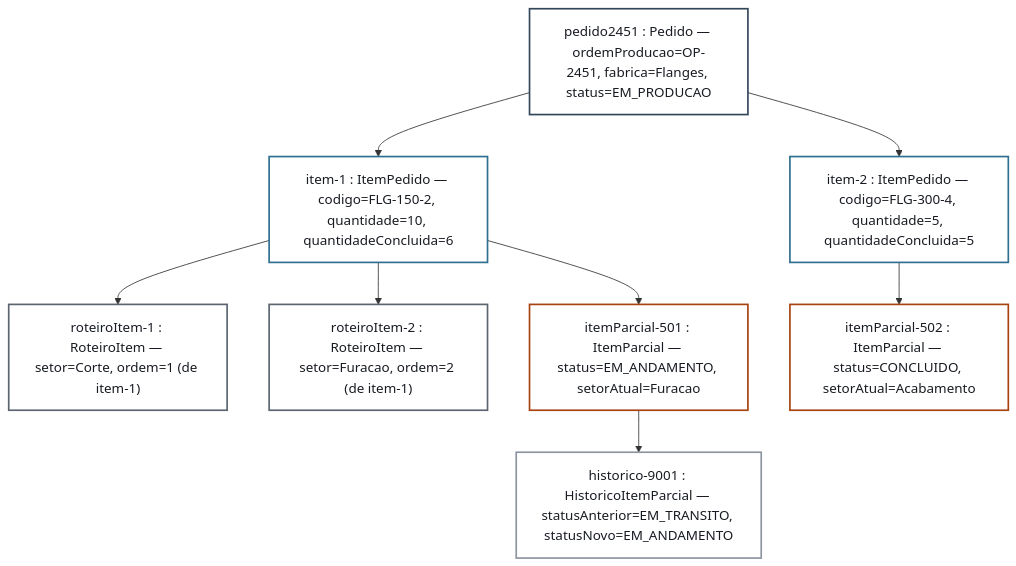
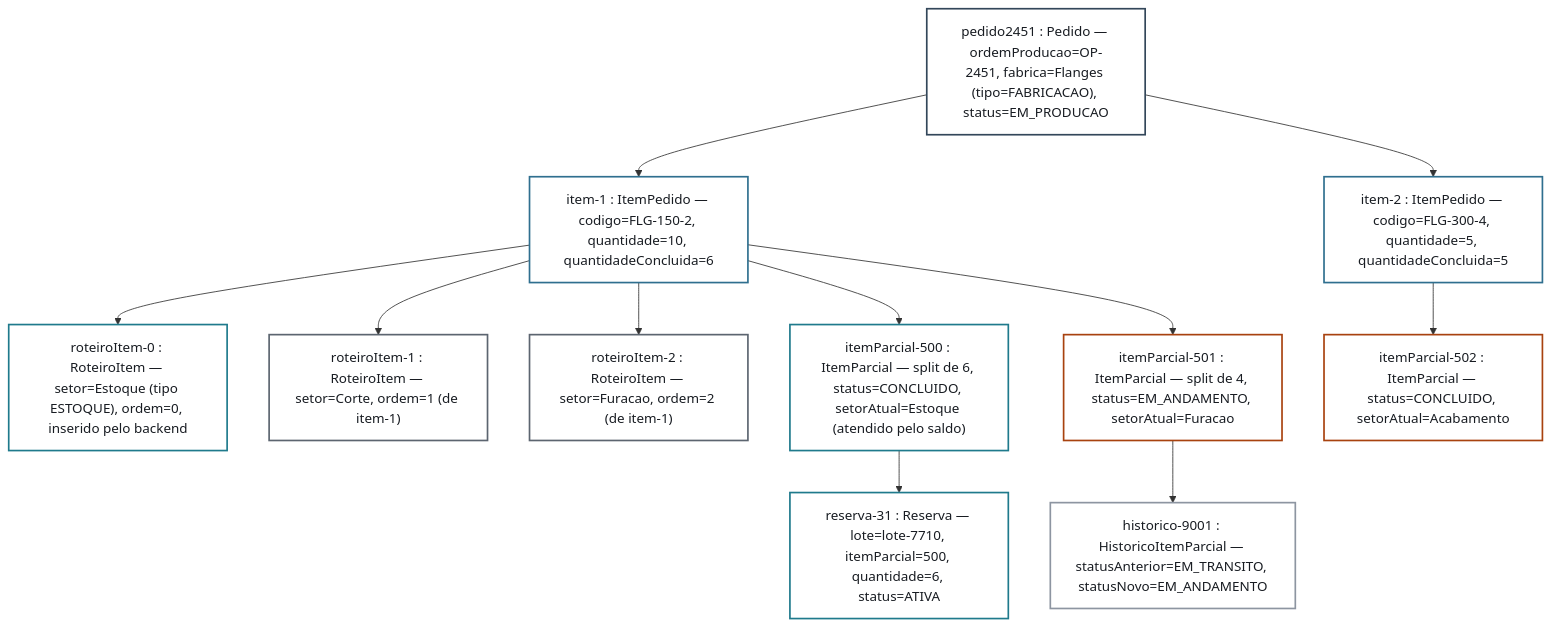
Before and after one commit to Acosvital/vault-avhub-mer: diagram 25 of 28 in 04-Arquitetura-Transversal/Diagramas-UML.md, drawn with Mermaid. The commit also changed other lines of this file and 36 other files, not shown here.

````diff
--- a/04-Arquitetura-Transversal/Diagramas-UML.md
+++ b/04-Arquitetura-Transversal/Diagramas-UML.md
@@ -1474,28 +1533,37 @@
 ```mermaid
 flowchart TD
-    PED["pedido2451 : Pedido — ordemProducao=OP-2451, fabrica=Flanges, status=EM_PRODUCAO"]
+    PED["pedido2451 : Pedido — ordemProducao=OP-2451, fabrica=Flanges (tipo=FABRICACAO), status=EM_PRODUCAO"]
     IT1["item-1 : ItemPedido — codigo=FLG-150-2, quantidade=10, quantidadeConcluida=6"]
     IT2["item-2 : ItemPedido — codigo=FLG-300-4, quantidade=5, quantidadeConcluida=5"]
+    RI0["roteiroItem-0 : RoteiroItem — setor=Estoque (tipo ESTOQUE), ordem=0, inserido pelo backend"]
     RI1["roteiroItem-1 : RoteiroItem — setor=Corte, ordem=1 (de item-1)"]
     RI2["roteiroItem-2 : RoteiroItem — setor=Furacao, ordem=2 (de item-1)"]
-    IP1["itemParcial-501 : ItemParcial — status=EM_ANDAMENTO, setorAtual=Furacao"]
+    IP0["itemParcial-500 : ItemParcial — split de 6, status=CONCLUIDO, setorAtual=Estoque (atendido pelo saldo)"]
+    RES["reserva-31 : Reserva — lote=lote-7710, itemParcial=500, quantidade=6, status=ATIVA"]
+    IP1["itemParcial-501 : ItemParcial — split de 4, status=EM_ANDAMENTO, setorAtual=Furacao"]
     IP2["itemParcial-502 : ItemParcial — status=CONCLUIDO, setorAtual=Acabamento"]
     HIST["historico-9001 : HistoricoItemParcial — statusAnterior=EM_TRANSITO, statusNovo=EM_ANDAMENTO"]
 
     PED --> IT1
     PED --> IT2
+    IT1 --> RI0
     IT1 --> RI1
     IT1 --> RI2
+    IT1 --> IP0
     IT1 --> IP1
+    IP0 --> RES
     IT2 --> IP2
     IP1 --> HIST
 
     style PED fill:#ffffff,stroke:#33475a,stroke-width:2px,color:#181c22
     style IT1 fill:#ffffff,stroke:#2f6f8f,stroke-width:2px,color:#181c22
     style IT2 fill:#ffffff,stroke:#2f6f8f,stroke-width:2px,color:#181c22
+    style RI0 fill:#ffffff,stroke:#1f7a8c,stroke-width:2px,color:#181c22
     style RI1 fill:#ffffff,stroke:#5c6570,stroke-width:2px,color:#181c22
     style RI2 fill:#ffffff,stroke:#5c6570,stroke-width:2px,color:#181c22
+    style IP0 fill:#ffffff,stroke:#1f7a8c,stroke-width:2px,color:#181c22
+    style RES fill:#ffffff,stroke:#1f7a8c,stroke-width:2px,color:#181c22
     style IP1 fill:#ffffff,stroke:#a8420f,stroke-width:2px,color:#181c22
     style IP2 fill:#ffffff,stroke:#a8420f,stroke-width:2px,color:#181c22
     style HIST fill:#ffffff,stroke:#8d95a1,stroke-width:2px,color:#181c22
 ```
````
